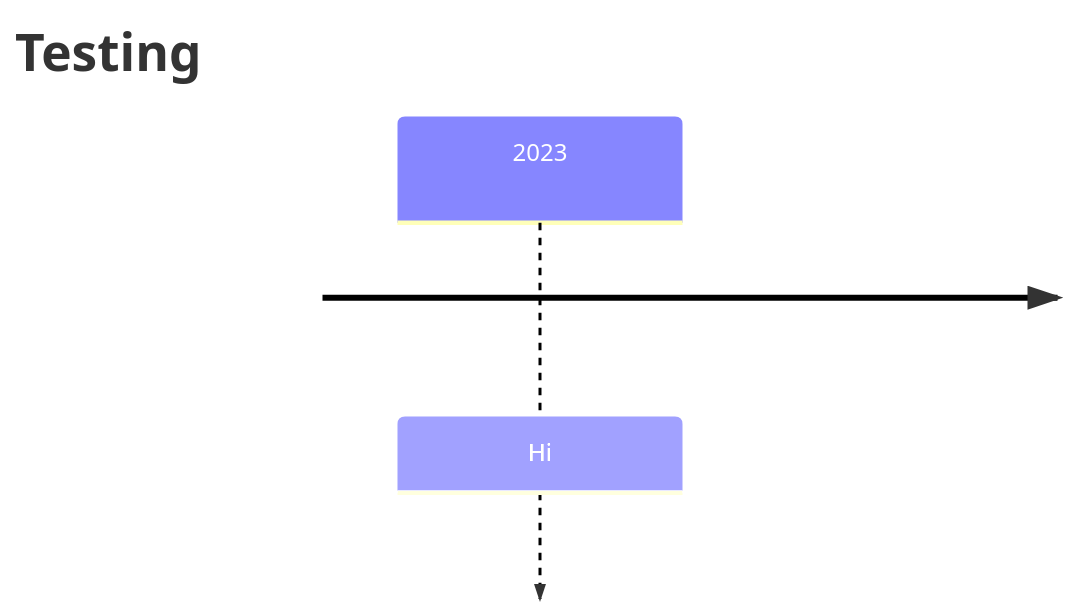
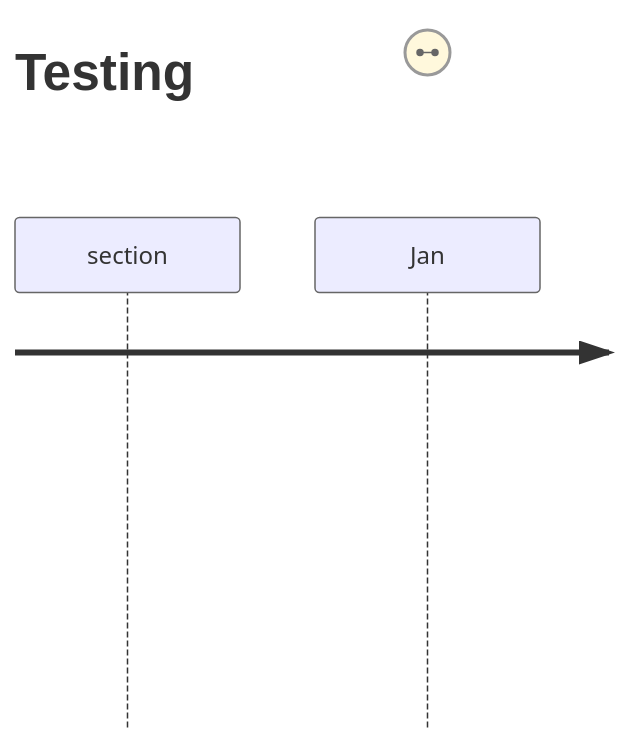
The first of 2 diagrams in docs/guides/voyage.md (chingu-voyages/Handbook), drawn with Mermaid before and after one commit.

Commit message:
Feature: Update Voyage schedule [WIP]

````diff
--- a/docs/guides/voyage.md
+++ b/docs/guides/voyage.md
@@ -17,5 +17,7 @@
 ```mermaid
-  timeline
+  journey
     title Testing
-    2023: Hi 
+      section: 2023
+        Jan: Voyage 42
+         
 ```
````
